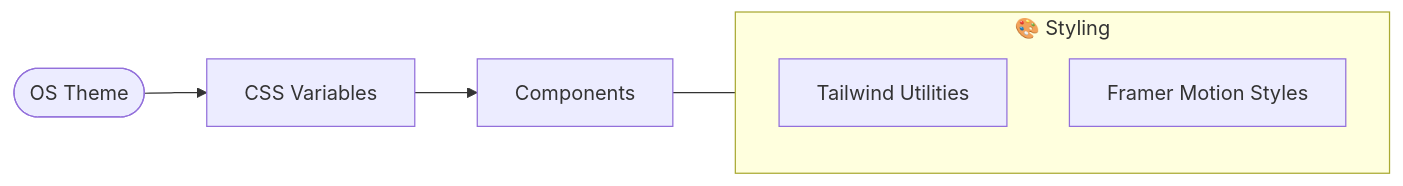
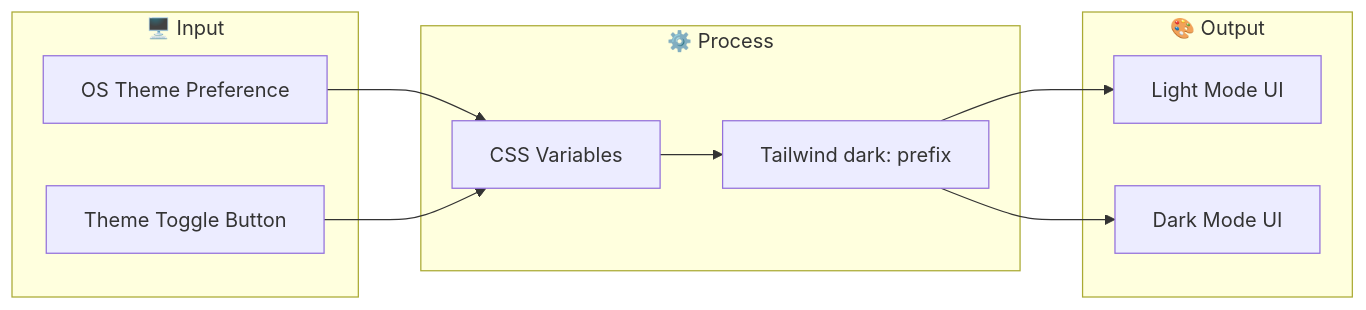
One commit to every-git/dokyungja-home changed the fourth of 4 diagrams in README.md. Above: the diagram before and after it, drawn with Mermaid. The commit also changed other lines of this file, not shown here.

````diff
--- a/README.md
+++ b/README.md
@@ -75,12 +125,23 @@
 ```mermaid
 graph LR
-    System([OS Theme]) --> CSS[CSS Variables]
-    CSS --> UI[Components]
-    
-    subgraph Styles["🎨 Styling"]
-        Tailwind[Tailwind Utilities]
-        Framer[Framer Motion Styles]
+    subgraph Input["🖥️ Input"]
+        OS[OS Theme Preference]
+        Toggle[Theme Toggle Button]
     end
     
-    UI --- Styles
+    subgraph Process["⚙️ Process"]
+        CSS[CSS Variables]
+        TW[Tailwind dark: prefix]
+    end
+    
+    subgraph Output["🎨 Output"]
+        Light[Light Mode UI]
+        Dark[Dark Mode UI]
+    end
+    
+    OS --> CSS
+    Toggle --> CSS
+    CSS --> TW
+    TW --> Light
+    TW --> Dark
 ```
````
